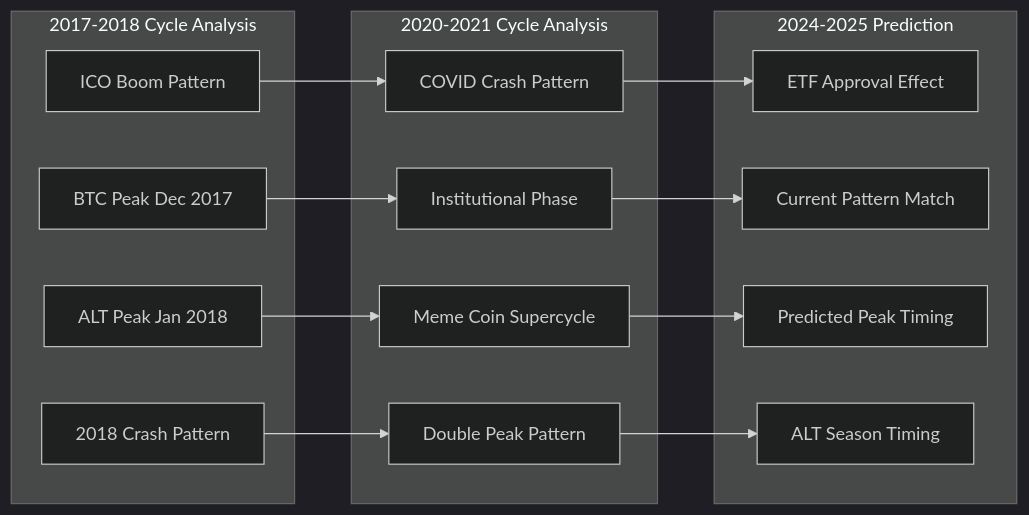
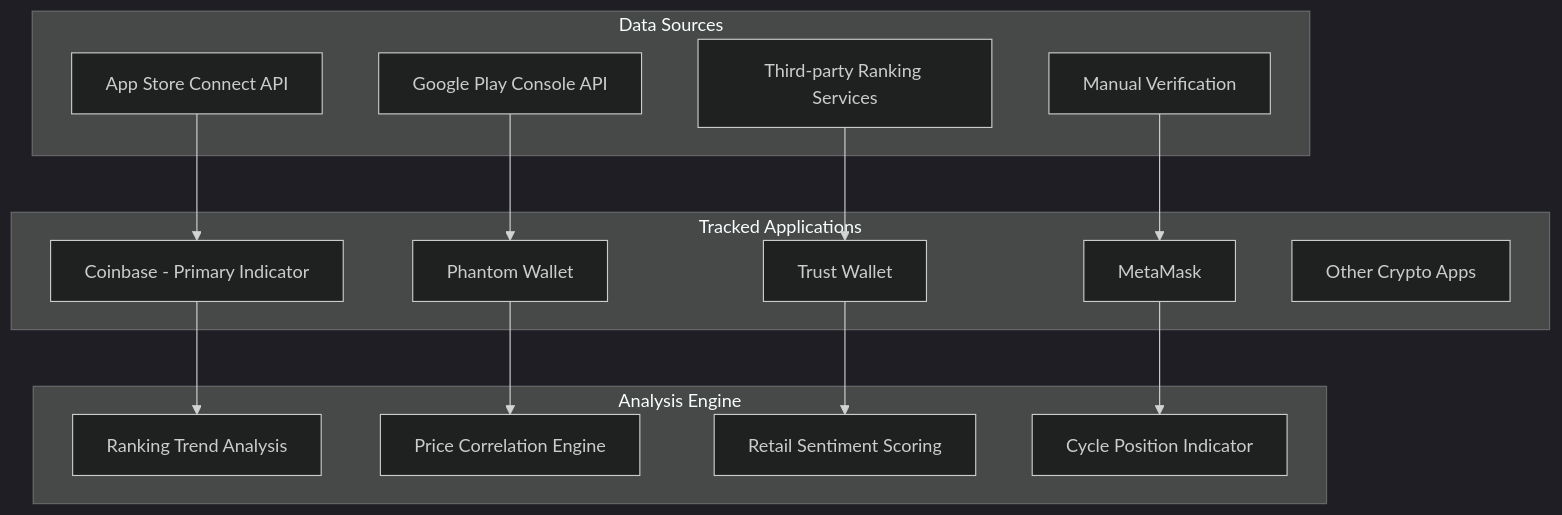
One commit to oxnr/picotop changed the seventh of 10 diagrams in ARCHITECTURE.md. Above: the diagram before and after it, drawn with Mermaid (dark theme). The commit also changed other lines of this file and 34 other files, not shown here.

First line of the commit message:
feat: Complete Picojeet enhanced Bitcoin chart and documentation checkpoint

````diff
--- a/ARCHITECTURE.md
+++ b/ARCHITECTURE.md
@@ -337,33 +254,34 @@
 ```mermaid
-graph LR
-    subgraph "2017-2018 Cycle Analysis"
-        ICOBoom[ICO Boom Pattern]
-        BTCPeak2017[BTC Peak Dec 2017]
-        ALTPeak2018[ALT Peak Jan 2018]
-        Crash2018[2018 Crash Pattern]
+graph TB
+    subgraph "Data Sources"
+        AppStoreAPI[App Store Connect API]
+        GooglePlayAPI[Google Play Console API]
+        RankingServices[Third-party Ranking Services]
+        ManualTracking[Manual Verification]
     end
     
-    subgraph "2020-2021 Cycle Analysis"
-        COVIDCrash[COVID Crash Pattern]
-        InstitutionalBuying[Institutional Phase]
-        MemeSupercycle[Meme Coin Supercycle]
-        DoublePeak[Double Peak Pattern]
+    subgraph "Tracked Applications"
+        Coinbase[Coinbase - Primary Indicator]
+        Phantom[Phantom Wallet]
+        TrustWallet[Trust Wallet]
+        MetaMask[MetaMask]
+        CryptoApps[Other Crypto Apps]
     end
     
-    subgraph "2024-2025 Prediction"
-        ETFApproval[ETF Approval Effect]
-        CurrentPattern[Current Pattern Match]
-        PredictedPeak[Predicted Peak Timing]
-        ALTSeasonTiming[ALT Season Timing]
+    subgraph "Analysis Engine"
+        RankingTrends[Ranking Trend Analysis]
+        CorrelationEngine[Price Correlation Engine]
+        RetailSentiment[Retail Sentiment Scoring]
+        CycleIndicator[Cycle Position Indicator]
     end
     
-    ICOBoom --> COVIDCrash
-    BTCPeak2017 --> InstitutionalBuying
-    ALTPeak2018 --> MemeSupercycle
-    Crash2018 --> DoublePeak
+    AppStoreAPI --> Coinbase
+    GooglePlayAPI --> Phantom
+    RankingServices --> TrustWallet
+    ManualTracking --> MetaMask
     
-    COVIDCrash --> ETFApproval
-    InstitutionalBuying --> CurrentPattern
-    MemeSupercycle --> PredictedPeak
-    DoublePeak --> ALTSeasonTiming
+    Coinbase --> RankingTrends
+    Phantom --> CorrelationEngine
+    TrustWallet --> RetailSentiment
+    MetaMask --> CycleIndicator
 ```
````
